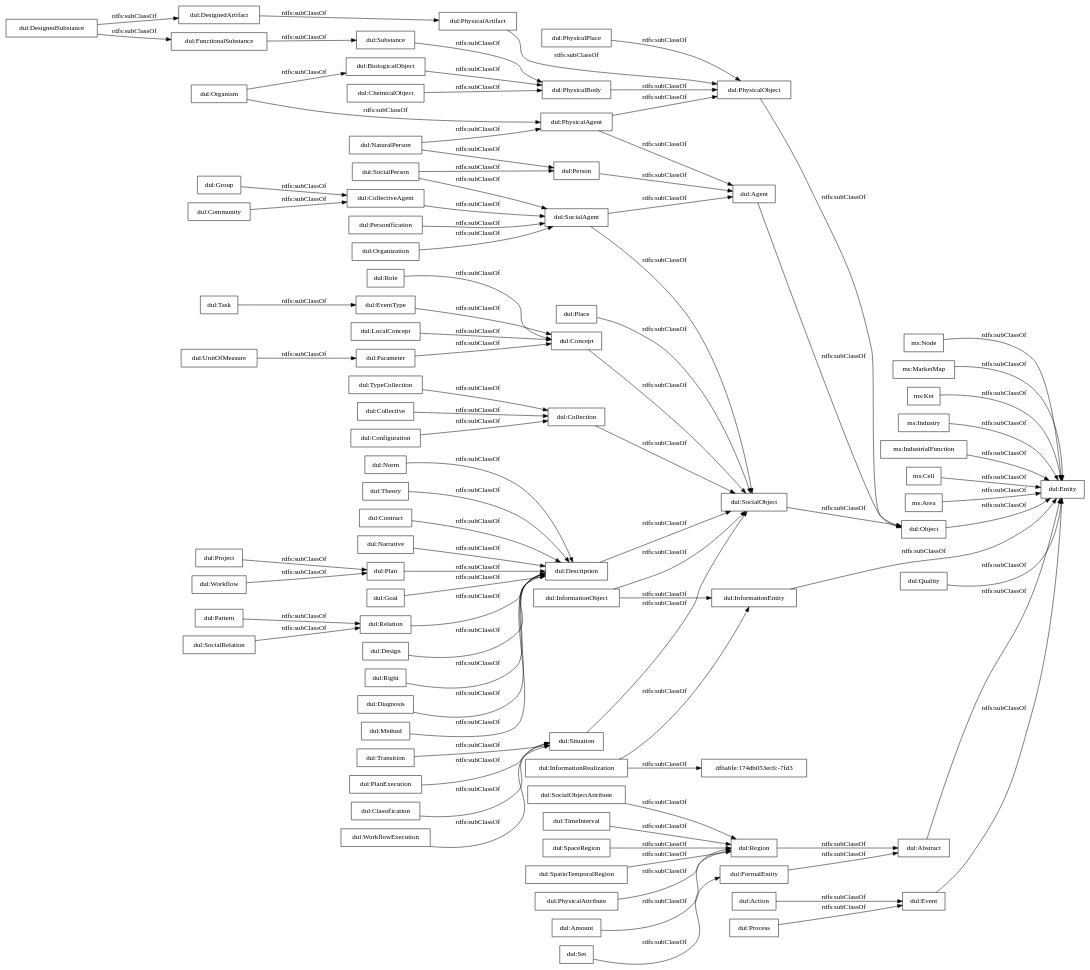
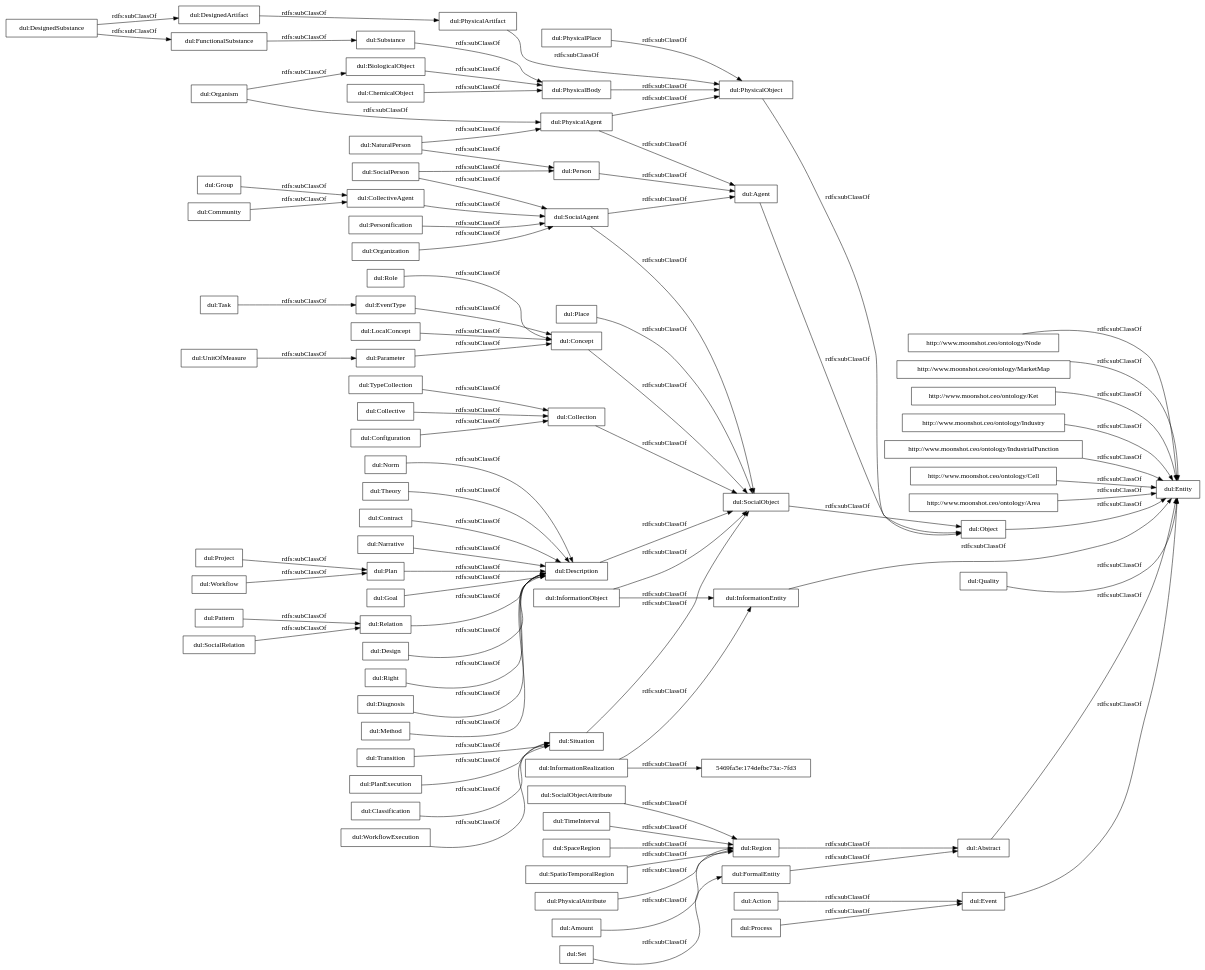
The diagram in OnToology/iebrain.ttl/diagrams/ar2dtool-taxonomy/iebrain.ttl.png.dot (oeg-upm/IEBrain), drawn with Graphviz before and after one commit. The commit also changed 12 other files, not shown here.

```diff
--- a/OnToology/iebrain.ttl/diagrams/ar2dtool-taxonomy/iebrain.ttl.png.dot
+++ b/OnToology/iebrain.ttl/diagrams/ar2dtool-taxonomy/iebrain.ttl.png.dot
@@ -1,95 +1,95 @@
 digraph ar2dtool_diagram { 
 rankdir=LR;
 size="1000"
-node [shape = rectangle, color="black"]; "ms:Node" "ms:MarketMap" "ms:Ket" "ms:Industry" "ms:IndustrialFunction" "ms:Cell" "ms:Area" "dul:Goal" "dul:FormalEntity" "dul:EventType" "dul:PhysicalBody" "dul:Object" "dul:Description" "dul:PhysicalAgent" "dul:Relation" "dul:Role" "dul:Entity" "dul:Organism" "dul:Personification" "dul:Situation" "df6a6fe:174db053ec6:-7fd3" "dul:UnitOfMeasure" "dul:Abstract" "dul:SocialPerson" "dul:Transition" "dul:Collective" "dul:CollectiveAgent" "dul:Amount" "dul:Plan" "dul:Design" "dul:Process" "dul:SocialObjectAttribute" "dul:Right" "dul:Task" "dul:DesignedSubstance" "dul:BiologicalObject" "dul:Place" "dul:Quality" "dul:Action" "dul:SocialAgent" "dul:Configuration" "dul:Project" "dul:PlanExecution" "dul:Pattern" "dul:Diagnosis" "dul:Agent" "dul:Classification" "dul:Parameter" "dul:WorkflowExecution" "dul:SocialObject" "dul:Group" "dul:Community" "dul:FunctionalSubstance" "dul:PhysicalPlace" "dul:Method" "dul:Concept" "dul:SocialRelation" "dul:Event" "dul:DesignedArtifact" "dul:TimeInterval" "dul:Person" "dul:TypeCollection" "dul:SpaceRegion" "dul:PhysicalObject" "dul:SpatioTemporalRegion" "dul:Norm" "dul:InformationRealization" "dul:Theory" "dul:PhysicalAttribute" "dul:NaturalPerson" "dul:Workflow" "dul:InformationObject" "dul:ChemicalObject" "dul:Contract" "dul:Narrative" "dul:Collection" "dul:Substance" "dul:Region" "dul:InformationEntity" "dul:PhysicalArtifact" "dul:Organization" "dul:Set" "dul:LocalConcept" ; /*classes style*/
+node [shape = rectangle, color="black"]; "http://www.moonshot.ceo/ontology/Node" "http://www.moonshot.ceo/ontology/MarketMap" "http://www.moonshot.ceo/ontology/Ket" "http://www.moonshot.ceo/ontology/Industry" "http://www.moonshot.ceo/ontology/IndustrialFunction" "http://www.moonshot.ceo/ontology/Cell" "http://www.moonshot.ceo/ontology/Area" "dul:Goal" "dul:FormalEntity" "dul:EventType" "dul:PhysicalBody" "5469fa5e:174defbc73a:-7fd3" "dul:Object" "dul:Description" "dul:PhysicalAgent" "dul:Relation" "dul:Role" "dul:Entity" "dul:Organism" "dul:Personification" "dul:Situation" "dul:UnitOfMeasure" "dul:Abstract" "dul:SocialPerson" "dul:Transition" "dul:Collective" "dul:CollectiveAgent" "dul:Amount" "dul:Plan" "dul:Design" "dul:Process" "dul:SocialObjectAttribute" "dul:Right" "dul:Task" "dul:DesignedSubstance" "dul:BiologicalObject" "dul:Place" "dul:Quality" "dul:Action" "dul:SocialAgent" "dul:Configuration" "dul:Project" "dul:PlanExecution" "dul:Pattern" "dul:Agent" "dul:Classification" "dul:Diagnosis" "dul:Parameter" "dul:WorkflowExecution" "dul:SocialObject" "dul:Group" "dul:Community" "dul:FunctionalSubstance" "dul:PhysicalPlace" "dul:Method" "dul:Concept" "dul:SocialRelation" "dul:Event" "dul:DesignedArtifact" "dul:TimeInterval" "dul:Person" "dul:TypeCollection" "dul:SpaceRegion" "dul:PhysicalObject" "dul:SpatioTemporalRegion" "dul:Norm" "dul:InformationRealization" "dul:Theory" "dul:PhysicalAttribute" "dul:NaturalPerson" "dul:Workflow" "dul:InformationObject" "dul:ChemicalObject" "dul:Contract" "dul:Narrative" "dul:Collection" "dul:Substance" "dul:Region" "dul:InformationEntity" "dul:PhysicalArtifact" "dul:Organization" "dul:Set" "dul:LocalConcept" ; /*classes style*/
 	"dul:CollectiveAgent" -> "dul:SocialAgent" [ label = "rdfs:subClassOf" ];
 	"dul:Region" -> "dul:Abstract" [ label = "rdfs:subClassOf" ];
 	"dul:TypeCollection" -> "dul:Collection" [ label = "rdfs:subClassOf" ];
 	"dul:PhysicalAttribute" -> "dul:Region" [ label = "rdfs:subClassOf" ];
 	"dul:Organization" -> "dul:SocialAgent" [ label = "rdfs:subClassOf" ];
-	"ms:Node" -> "dul:Entity" [ label = "rdfs:subClassOf" ];
+	"http://www.moonshot.ceo/ontology/Node" -> "dul:Entity" [ label = "rdfs:subClassOf" ];
 	"dul:Configuration" -> "dul:Collection" [ label = "rdfs:subClassOf" ];
 	"dul:Quality" -> "dul:Entity" [ label = "rdfs:subClassOf" ];
 	"dul:Description" -> "dul:SocialObject" [ label = "rdfs:subClassOf" ];
 	"dul:Community" -> "dul:CollectiveAgent" [ label = "rdfs:subClassOf" ];
 	"dul:Method" -> "dul:Description" [ label = "rdfs:subClassOf" ];
 	"dul:Concept" -> "dul:SocialObject" [ label = "rdfs:subClassOf" ];
 	"dul:Object" -> "dul:Entity" [ label = "rdfs:subClassOf" ];
 	"dul:Place" -> "dul:SocialObject" [ label = "rdfs:subClassOf" ];
 	"dul:PhysicalArtifact" -> "dul:PhysicalObject" [ label = "rdfs:subClassOf" ];
 	"dul:Organism" -> "dul:PhysicalAgent" [ label = "rdfs:subClassOf" ];
 	"dul:Organism" -> "dul:BiologicalObject" [ label = "rdfs:subClassOf" ];
 	"dul:Goal" -> "dul:Description" [ label = "rdfs:subClassOf" ];
 	"dul:FunctionalSubstance" -> "dul:Substance" [ label = "rdfs:subClassOf" ];
 	"dul:Role" -> "dul:Concept" [ label = "rdfs:subClassOf" ];
 	"dul:Collective" -> "dul:Collection" [ label = "rdfs:subClassOf" ];
 	"dul:InformationObject" -> "dul:SocialObject" [ label = "rdfs:subClassOf" ];
 	"dul:InformationObject" -> "dul:InformationEntity" [ label = "rdfs:subClassOf" ];
 	"dul:UnitOfMeasure" -> "dul:Parameter" [ label = "rdfs:subClassOf" ];
 	"dul:SocialObjectAttribute" -> "dul:Region" [ label = "rdfs:subClassOf" ];
 	"dul:WorkflowExecution" -> "dul:Situation" [ label = "rdfs:subClassOf" ];
 	"dul:Right" -> "dul:Description" [ label = "rdfs:subClassOf" ];
 	"dul:Task" -> "dul:EventType" [ label = "rdfs:subClassOf" ];
 	"dul:Set" -> "dul:FormalEntity" [ label = "rdfs:subClassOf" ];
 	"dul:DesignedSubstance" -> "dul:FunctionalSubstance" [ label = "rdfs:subClassOf" ];
 	"dul:DesignedSubstance" -> "dul:DesignedArtifact" [ label = "rdfs:subClassOf" ];
 	"dul:SocialObject" -> "dul:Object" [ label = "rdfs:subClassOf" ];
 	"dul:Parameter" -> "dul:Concept" [ label = "rdfs:subClassOf" ];
-	"dul:InformationRealization" -> "df6a6fe:174db053ec6:-7fd3" [ label = "rdfs:subClassOf" ];
+	"dul:InformationRealization" -> "5469fa5e:174defbc73a:-7fd3" [ label = "rdfs:subClassOf" ];
 	"dul:InformationRealization" -> "dul:InformationEntity" [ label = "rdfs:subClassOf" ];
 	"dul:Substance" -> "dul:PhysicalBody" [ label = "rdfs:subClassOf" ];
 	"dul:Event" -> "dul:Entity" [ label = "rdfs:subClassOf" ];
 	"dul:PhysicalAgent" -> "dul:PhysicalObject" [ label = "rdfs:subClassOf" ];
 	"dul:PhysicalAgent" -> "dul:Agent" [ label = "rdfs:subClassOf" ];
-	"ms:Area" -> "dul:Entity" [ label = "rdfs:subClassOf" ];
+	"http://www.moonshot.ceo/ontology/Area" -> "dul:Entity" [ label = "rdfs:subClassOf" ];
 	"dul:Project" -> "dul:Plan" [ label = "rdfs:subClassOf" ];
 	"dul:PhysicalObject" -> "dul:Object" [ label = "rdfs:subClassOf" ];
 	"dul:Action" -> "dul:Event" [ label = "rdfs:subClassOf" ];
 	"dul:Situation" -> "dul:SocialObject" [ label = "rdfs:subClassOf" ];
 	"dul:Design" -> "dul:Description" [ label = "rdfs:subClassOf" ];
 	"dul:EventType" -> "dul:Concept" [ label = "rdfs:subClassOf" ];
 	"dul:Classification" -> "dul:Situation" [ label = "rdfs:subClassOf" ];
-	"ms:IndustrialFunction" -> "dul:Entity" [ label = "rdfs:subClassOf" ];
+	"http://www.moonshot.ceo/ontology/IndustrialFunction" -> "dul:Entity" [ label = "rdfs:subClassOf" ];
 	"dul:Workflow" -> "dul:Plan" [ label = "rdfs:subClassOf" ];
 	"dul:Pattern" -> "dul:Relation" [ label = "rdfs:subClassOf" ];
 	"dul:Transition" -> "dul:Situation" [ label = "rdfs:subClassOf" ];
 	"dul:Norm" -> "dul:Description" [ label = "rdfs:subClassOf" ];
 	"dul:Person" -> "dul:Agent" [ label = "rdfs:subClassOf" ];
-	"ms:Ket" -> "dul:Entity" [ label = "rdfs:subClassOf" ];
-	"ms:Cell" -> "dul:Entity" [ label = "rdfs:subClassOf" ];
+	"http://www.moonshot.ceo/ontology/Ket" -> "dul:Entity" [ label = "rdfs:subClassOf" ];
+	"http://www.moonshot.ceo/ontology/Cell" -> "dul:Entity" [ label = "rdfs:subClassOf" ];
 	"dul:Contract" -> "dul:Description" [ label = "rdfs:subClassOf" ];
 	"dul:PhysicalPlace" -> "dul:PhysicalObject" [ label = "rdfs:subClassOf" ];
 	"dul:Relation" -> "dul:Description" [ label = "rdfs:subClassOf" ];
 	"dul:SocialRelation" -> "dul:Relation" [ label = "rdfs:subClassOf" ];
 	"dul:PlanExecution" -> "dul:Situation" [ label = "rdfs:subClassOf" ];
-	"ms:MarketMap" -> "dul:Entity" [ label = "rdfs:subClassOf" ];
+	"http://www.moonshot.ceo/ontology/MarketMap" -> "dul:Entity" [ label = "rdfs:subClassOf" ];
 	"dul:LocalConcept" -> "dul:Concept" [ label = "rdfs:subClassOf" ];
 	"dul:FormalEntity" -> "dul:Abstract" [ label = "rdfs:subClassOf" ];
 	"dul:PhysicalBody" -> "dul:PhysicalObject" [ label = "rdfs:subClassOf" ];
-	"ms:Industry" -> "dul:Entity" [ label = "rdfs:subClassOf" ];
+	"http://www.moonshot.ceo/ontology/Industry" -> "dul:Entity" [ label = "rdfs:subClassOf" ];
 	"dul:BiologicalObject" -> "dul:PhysicalBody" [ label = "rdfs:subClassOf" ];
 	"dul:SocialPerson" -> "dul:SocialAgent" [ label = "rdfs:subClassOf" ];
 	"dul:SocialPerson" -> "dul:Person" [ label = "rdfs:subClassOf" ];
 	"dul:NaturalPerson" -> "dul:PhysicalAgent" [ label = "rdfs:subClassOf" ];
 	"dul:NaturalPerson" -> "dul:Person" [ label = "rdfs:subClassOf" ];
 	"dul:TimeInterval" -> "dul:Region" [ label = "rdfs:subClassOf" ];
 	"dul:Collection" -> "dul:SocialObject" [ label = "rdfs:subClassOf" ];
 	"dul:InformationEntity" -> "dul:Entity" [ label = "rdfs:subClassOf" ];
 	"dul:SpatioTemporalRegion" -> "dul:Region" [ label = "rdfs:subClassOf" ];
 	"dul:Personification" -> "dul:SocialAgent" [ label = "rdfs:subClassOf" ];
 	"dul:DesignedArtifact" -> "dul:PhysicalArtifact" [ label = "rdfs:subClassOf" ];
 	"dul:ChemicalObject" -> "dul:PhysicalBody" [ label = "rdfs:subClassOf" ];
 	"dul:Narrative" -> "dul:Description" [ label = "rdfs:subClassOf" ];
 	"dul:Process" -> "dul:Event" [ label = "rdfs:subClassOf" ];
 	"dul:Theory" -> "dul:Description" [ label = "rdfs:subClassOf" ];
 	"dul:Abstract" -> "dul:Entity" [ label = "rdfs:subClassOf" ];
 	"dul:SpaceRegion" -> "dul:Region" [ label = "rdfs:subClassOf" ];
 	"dul:Plan" -> "dul:Description" [ label = "rdfs:subClassOf" ];
 	"dul:Group" -> "dul:CollectiveAgent" [ label = "rdfs:subClassOf" ];
 	"dul:SocialAgent" -> "dul:SocialObject" [ label = "rdfs:subClassOf" ];
 	"dul:SocialAgent" -> "dul:Agent" [ label = "rdfs:subClassOf" ];
 	"dul:Diagnosis" -> "dul:Description" [ label = "rdfs:subClassOf" ];
 	"dul:Agent" -> "dul:Object" [ label = "rdfs:subClassOf" ];
 	"dul:Amount" -> "dul:Region" [ label = "rdfs:subClassOf" ];
 
 }
```
